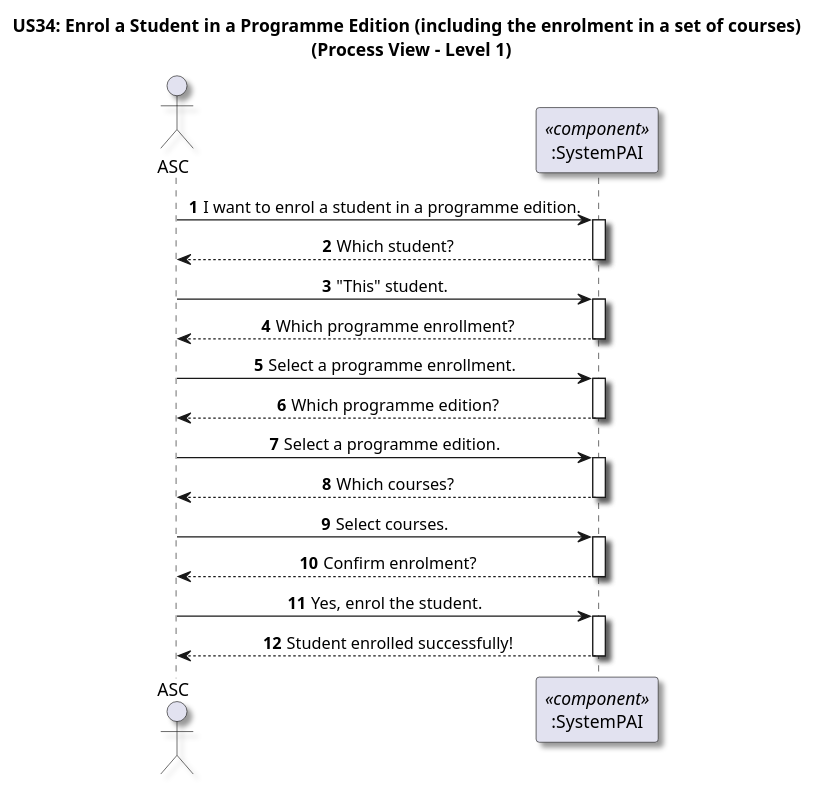
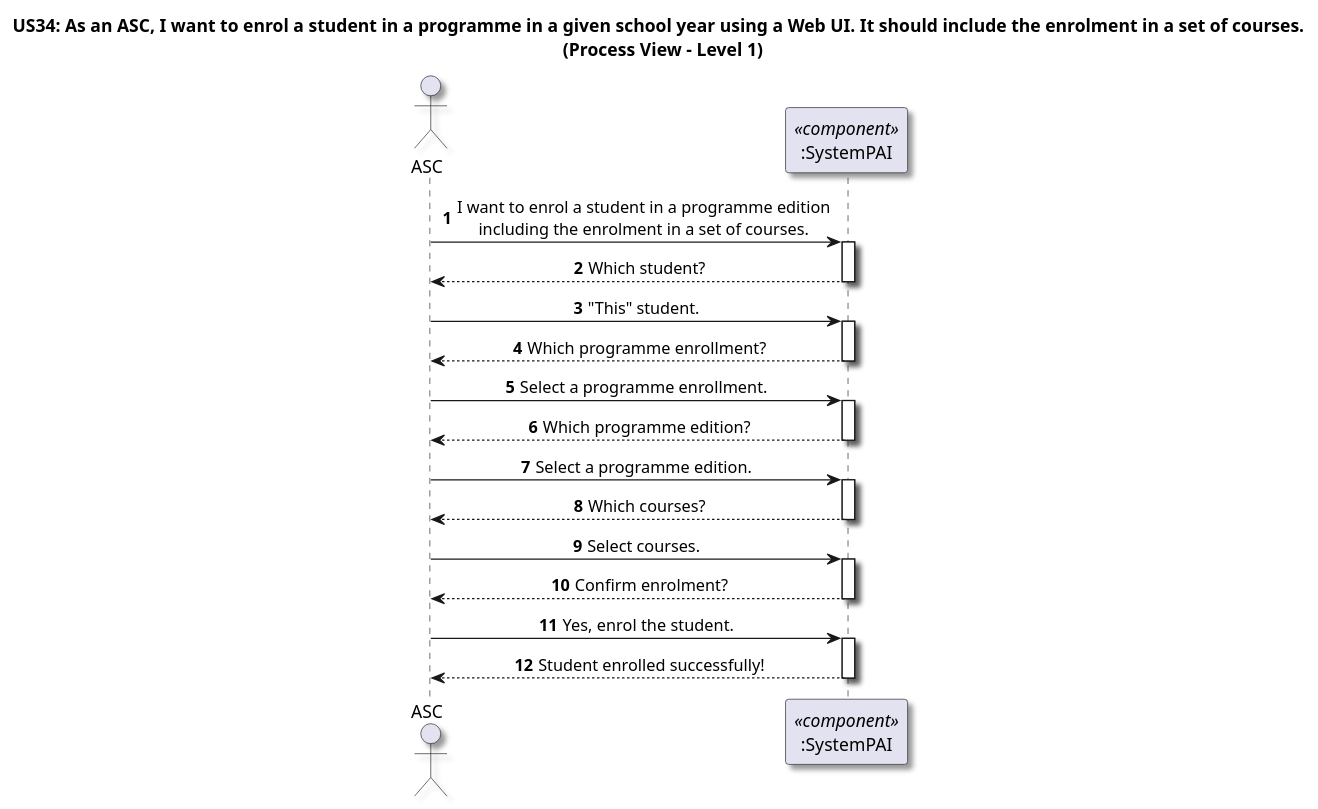
The diagram in docs/US34/Sprint7/ProcessView/Level1.puml (GasparISEP/DevOps-PAI), drawn with PlantUML before and after one commit.

Commit message:
Ref #646 : Documentation , updated ProcessView - Level1

```diff
--- a/docs/US34/Sprint7/ProcessView/Level1.puml
+++ b/docs/US34/Sprint7/ProcessView/Level1.puml
@@ -1,34 +1,34 @@
 @startuml
 skinparam Shadowing true
 
 ' US34 - Enrol a Student in a Programme Edition (including the enrolment in a set of courses)
 ' Process View - Level 1 (C4 Level 1 Style)
 
 autonumber
 
 skinparam DefaultTextAlignment center
 
-title US34: Enrol a Student in a Programme Edition (including the enrolment in a set of courses) \n (Process View - Level 1)
+title US34: As an ASC, I want to enrol a student in a programme in a given school year using a Web UI. It should include the enrolment in a set of courses. \n (Process View - Level 1)
 
 actor ASC
 participant ":SystemPAI" as System <<component>>
 
-ASC -> System ++: I want to enrol a student in a programme edition.
+ASC -> System ++: I want to enrol a student in a programme edition\nincluding the enrolment in a set of courses.
 System --> ASC--: Which student?
 ASC -> System++: "This" student.
 
 System --> ASC --: Which programme enrollment?
 
 ASC -> System ++: Select a programme enrollment.
 System --> ASC --: Which programme edition?
 ASC -> System ++: Select a programme edition.
 
 System --> ASC--: Which courses?
 ASC -> System++: Select courses.
 
 System --> ASC--: Confirm enrolment?
 ASC -> System ++: Yes, enrol the student.
 
 System --> ASC --: Student enrolled successfully!
 
 @enduml
```
